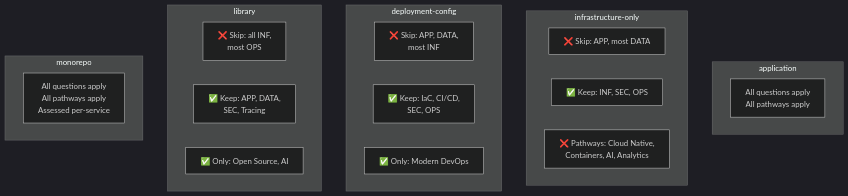
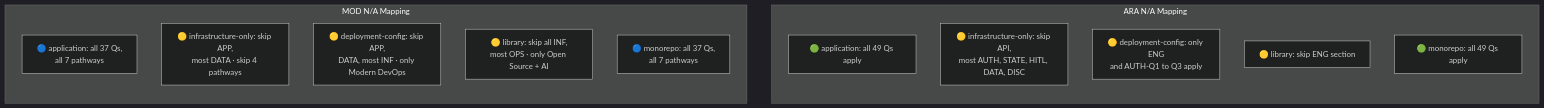
One commit to aws-samples/sample-agentic-readiness-analysis-orchestrator changed the fifth of 6 diagrams in v2_preparation/architecture-flow.md. Above: the diagram before and after it, drawn with Mermaid (dark theme).

Commit message:
added architecture NA for both assessments

````diff
--- a/v2_preparation/architecture-flow.md
+++ b/v2_preparation/architecture-flow.md
@@ -120,28 +120,20 @@
 ```mermaid
 flowchart TB
-    subgraph APP [application]
-        A[All questions apply<br/>All pathways apply]
-    end
-    
-    subgraph INFRA [infrastructure-only]
-        I_SKIP[❌ Skip: APP, most DATA]
-        I_KEEP[✅ Keep: INF, SEC, OPS]
-        I_PATH[❌ Pathways: Cloud Native,<br/>Containers, AI, Analytics]
-    end
-    
-    subgraph DEPLOY [deployment-config]
-        D_SKIP[❌ Skip: APP, DATA,<br/>most INF]
-        D_KEEP[✅ Keep: IaC, CI/CD,<br/>SEC, OPS]
-        D_PATH[✅ Only: Modern DevOps]
-    end
-    
-    subgraph LIB [library]
-        L_SKIP[❌ Skip: all INF,<br/>most OPS]
-        L_KEEP[✅ Keep: APP, DATA,<br/>SEC, Tracing]
-        L_PATH[✅ Only: Open Source, AI]
+    subgraph ARA_NA [ARA N/A Mapping]
+        direction TB
+        AA[🟢 application: all 49 Qs apply]
+        AI[🟡 infrastructure-only: skip API,<br/>most AUTH, STATE, HITL, DATA, DISC]
+        AD[🟡 deployment-config: only ENG<br/>and AUTH-Q1 to Q3 apply]
+        AL[🟡 library: skip ENG section]
+        AM[🟢 monorepo: all 49 Qs apply]
     end
 
-    subgraph MONO [monorepo]
-        M[All questions apply<br/>All pathways apply<br/>Assessed per-service]
+    subgraph MOD_NA [MOD N/A Mapping]
+        direction TB
+        MA[🔵 application: all 37 Qs,<br/>all 7 pathways]
+        MI[🟡 infrastructure-only: skip APP,<br/>most DATA · skip 4 pathways]
+        MD[🟡 deployment-config: skip APP,<br/>DATA, most INF · only Modern DevOps]
+        ML[🟡 library: skip all INF,<br/>most OPS · only Open Source + AI]
+        MM[🔵 monorepo: all 37 Qs,<br/>all 7 pathways]
     end
 ```
````
